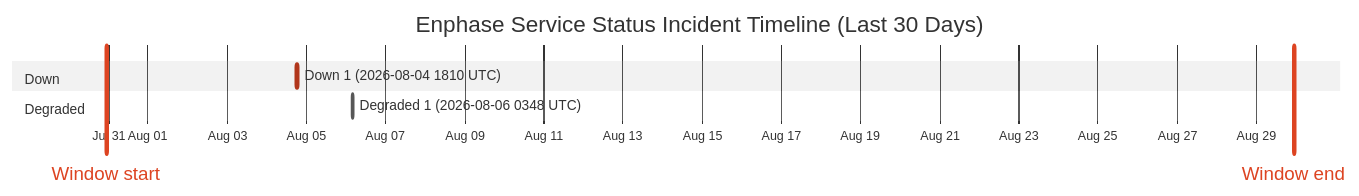
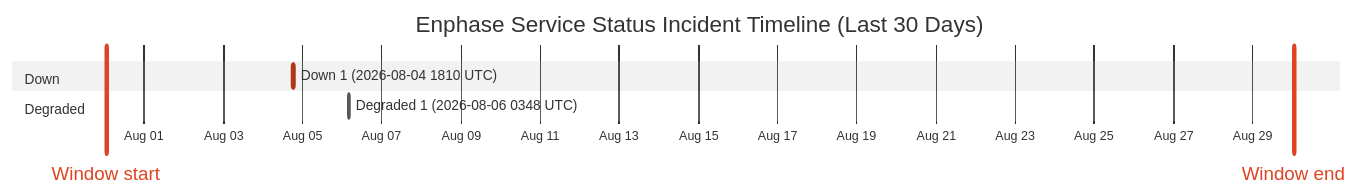
One commit to barneyonline/ha-enphase-energy changed the diagram in wiki/Service-Status-History.md. Above: the diagram before and after it, drawn with Mermaid (neutral theme). The commit also changed other lines of this file and 3 other files, not shown here.

````diff
--- a/wiki/Service-Status-History.md
+++ b/wiki/Service-Status-History.md
@@ -14,12 +14,12 @@
 ```mermaid
 gantt
     title Enphase Service Status Incident Timeline (Last 30 Days)
     dateFormat  YYYY-MM-DDTHH:mm:ss
     axisFormat  %b %d
-    Window start :vert, window-start, 2026-07-30T22:44:04, 0ms
-    Window end :vert, window-end, 2026-08-29T22:44:04, 0ms
+    Window start :vert, window-start, 2026-07-31T01:03:40, 0ms
+    Window end :vert, window-end, 2026-08-30T01:03:40, 0ms
     section Down
     Down 1 (2026-08-04 1810 UTC) :crit, down-1, 2026-08-04T18:10:46, 60m
     section Degraded
     Degraded 1 (2026-08-06 0348 UTC) :active, degraded-1, 2026-08-06T03:48:14, 60m
 ```
````
